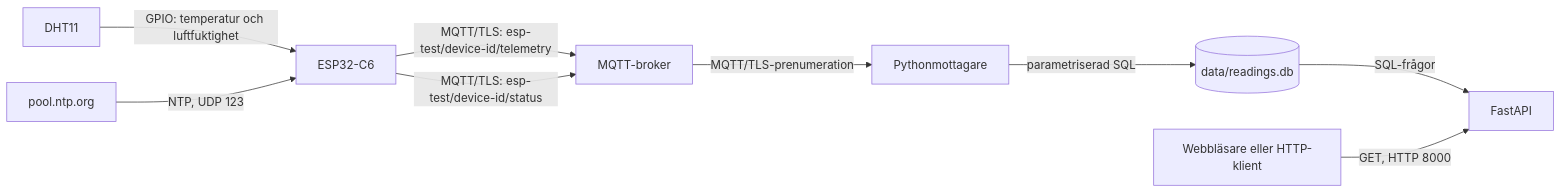
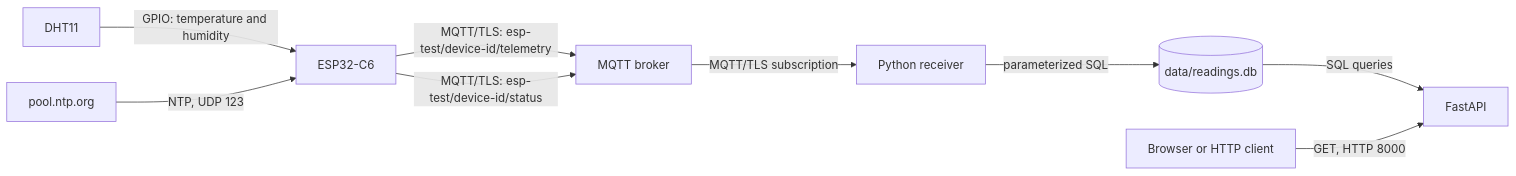
The diagram in documentation/arkitektur.md (PederAndersson/IoT25_Env_monitor), drawn with Mermaid before and after one commit. The commit also changed other lines of this file and 8 other files, not shown here.

````diff
--- a/documentation/arkitektur.md
+++ b/documentation/arkitektur.md
@@ -10,11 +10,11 @@
 ```mermaid
 flowchart LR
-    DHT[DHT11] -->|GPIO: temperatur och luftfuktighet| ESP[ESP32-C6]
+    DHT[DHT11] -->|GPIO: temperature and humidity| ESP[ESP32-C6]
     NTP[pool.ntp.org] -->|NTP, UDP 123| ESP
-    ESP -->|MQTT/TLS: esp-test/device-id/telemetry| Broker[MQTT-broker]
+    ESP -->|MQTT/TLS: esp-test/device-id/telemetry| Broker[MQTT broker]
     ESP -->|MQTT/TLS: esp-test/device-id/status| Broker
-    Broker -->|MQTT/TLS-prenumeration| Receiver[Pythonmottagare]
-    Receiver -->|parametriserad SQL| DB[(data/readings.db)]
-    DB -->|SQL-frågor| API[FastAPI]
-    Client[Webbläsare eller HTTP-klient] -->|GET, HTTP 8000| API
+    Broker -->|MQTT/TLS subscription| Receiver[Python receiver]
+    Receiver -->|parameterized SQL| DB[(data/readings.db)]
+    DB -->|SQL queries| API[FastAPI]
+    Client[Browser or HTTP client] -->|GET, HTTP 8000| API
 ```
````
